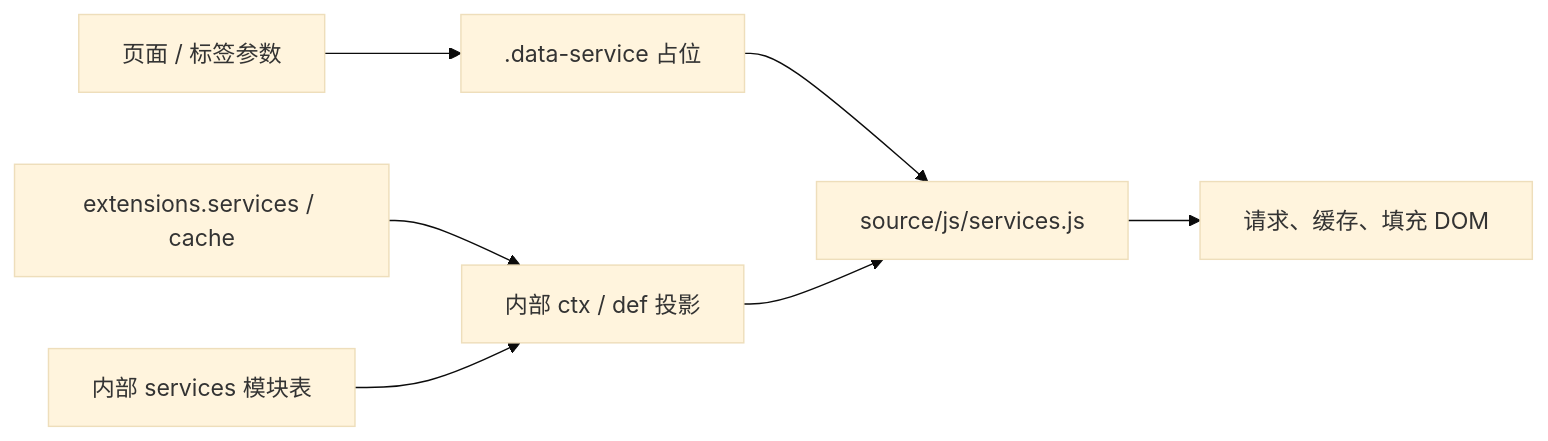
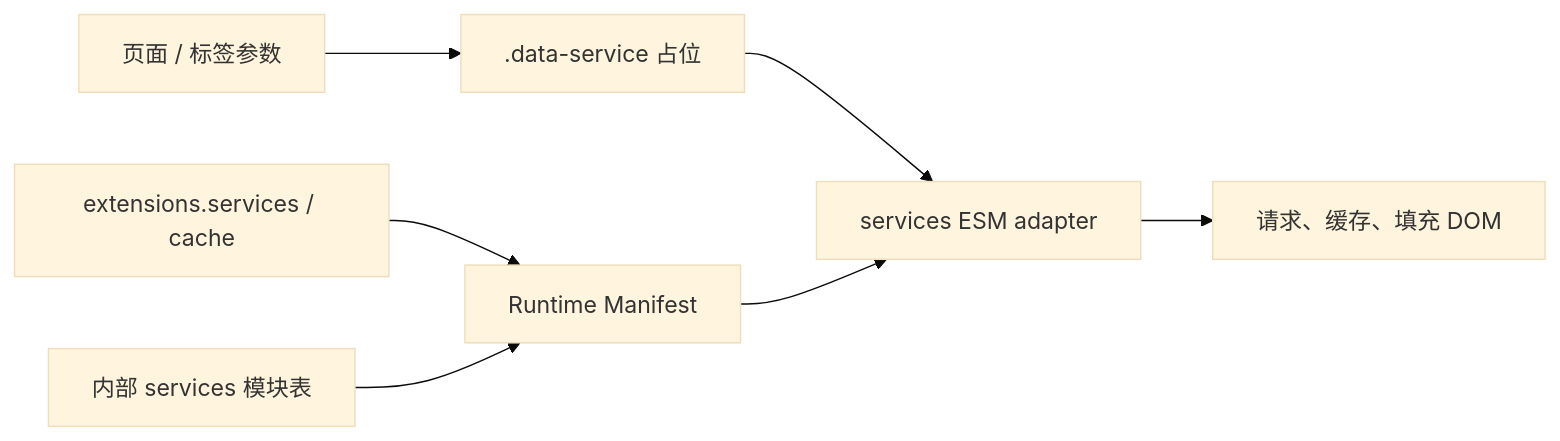
Before and after one commit to xaoxuu/hexo-theme-stellar: the diagram in docs/knowledge/06-数据服务与组件/data-widgets-overview.md, drawn with Mermaid (base theme). The commit also changed other lines of this file and 72 other files, not shown here.

````diff
--- a/docs/knowledge/06-数据服务与组件/data-widgets-overview.md
+++ b/docs/knowledge/06-数据服务与组件/data-widgets-overview.md
@@ -14,9 +14,9 @@
 ```mermaid
 flowchart LR
   INPUT["页面 / 标签参数"] --> PLACEHOLDER[".data-service 占位"]
-  CONFIG["extensions.services / cache"] --> CONTEXT["内部 ctx / def 投影"]
+  CONFIG["extensions.services / cache"] --> CONTEXT["Runtime Manifest"]
   ASSETS["内部 services 模块表"] --> CONTEXT
-  PLACEHOLDER --> RUNTIME["source/js/services.js"]
+  PLACEHOLDER --> RUNTIME["services ESM adapter"]
   CONTEXT --> RUNTIME
   RUNTIME --> OUTPUT["请求、缓存、填充 DOM"]
 ```
````
